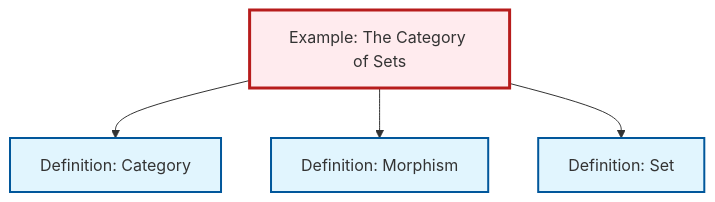
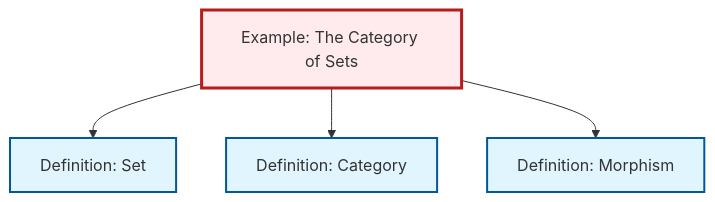
One commit to RK0429/ModernMath changed the diagram in content/ja/category-theory/ex-set-category.qmd. Above: the diagram before and after it, drawn with Mermaid. The commit also changed other lines of this file and 417 other files, not shown here.

````diff
--- a/content/ja/category-theory/ex-set-category.qmd
+++ b/content/ja/category-theory/ex-set-category.qmd
@@ -69,20 +69,20 @@
 ```{mermaid}
 %%| fig-cap: "Local dependency graph"
 graph TD
     classDef definition fill:#e1f5fe,stroke:#01579b,stroke-width:2px
     classDef theorem fill:#f3e5f5,stroke:#4a148c,stroke-width:2px
     classDef axiom fill:#fff3e0,stroke:#e65100,stroke-width:2px
     classDef example fill:#e8f5e9,stroke:#1b5e20,stroke-width:2px
     classDef current fill:#ffebee,stroke:#b71c1c,stroke-width:3px
+    def-category["Definition: Category"]:::definition
     def-morphism["Definition: Morphism"]:::definition
+    def-set["Definition: Set"]:::definition
     ex-set-category["Example: The Category of Sets"]:::example
-    def-category["Definition: Category"]:::definition
-    def-set["Definition: Set"]:::definition
+    ex-set-category --> def-set
     ex-set-category --> def-category
     ex-set-category --> def-morphism
-    ex-set-category --> def-set
     class ex-set-category current
+    click def-category "def-category.html" "Definition: Categoryへ"
     click def-morphism "def-morphism.html" "Definition: Morphismへ"
-    click def-category "def-category.html" "Definition: Categoryへ"
     click def-set "def-set.html" "Definition: Setへ"
 ```
````
